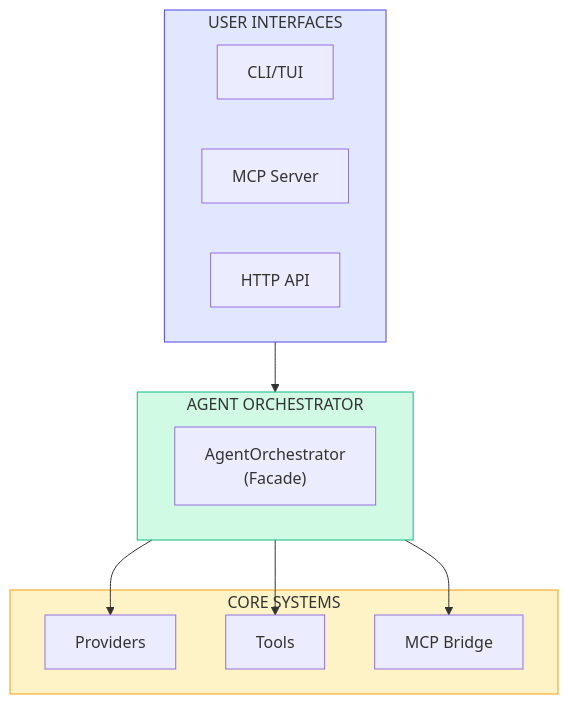
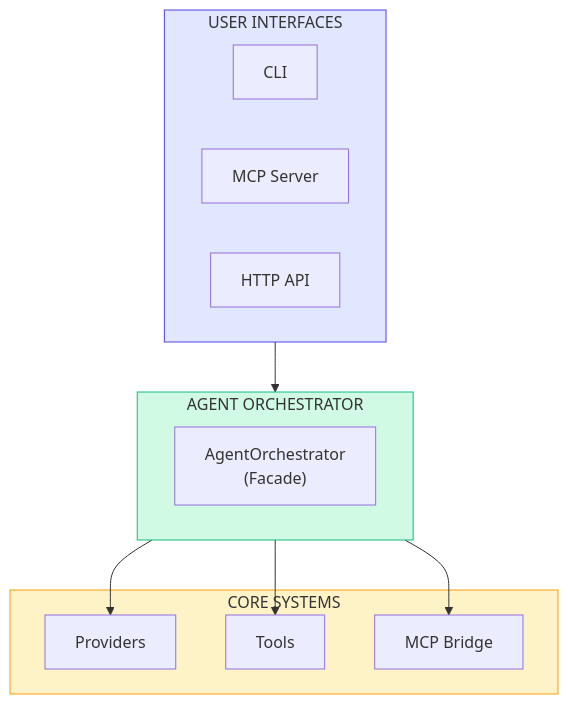
Before and after one commit to vjsingh1984/victor: the first of 6 diagrams in docs/development/architecture/appendix.md, drawn with Mermaid. The commit also changed 61 other files, not shown here.

````diff
--- a/docs/development/architecture/appendix.md
+++ b/docs/development/architecture/appendix.md
@@ -19,27 +19,27 @@
 ```mermaid
 flowchart TB
     subgraph UI["USER INTERFACES"]
-        CLI["CLI/TUI"]
+        CLI["CLI"]
         MCP_UI["MCP Server"]
         API["HTTP API"]
     end
 
     subgraph ORCH["AGENT ORCHESTRATOR"]
         ORC["AgentOrchestrator<br/>(Facade)"]
     end
 
     subgraph SYSTEMS["CORE SYSTEMS"]
         PROV["Providers"]
         TOOLS["Tools"]
         MCP_B["MCP Bridge"]
     end
 
     UI --> ORCH
     ORCH --> PROV
     ORCH --> TOOLS
     ORCH --> MCP_B
 
     style UI fill:#e0e7ff,stroke:#4f46e5
     style ORCH fill:#d1fae5,stroke:#10b981
     style SYSTEMS fill:#fef3c7,stroke:#f59e0b
 ```
````
